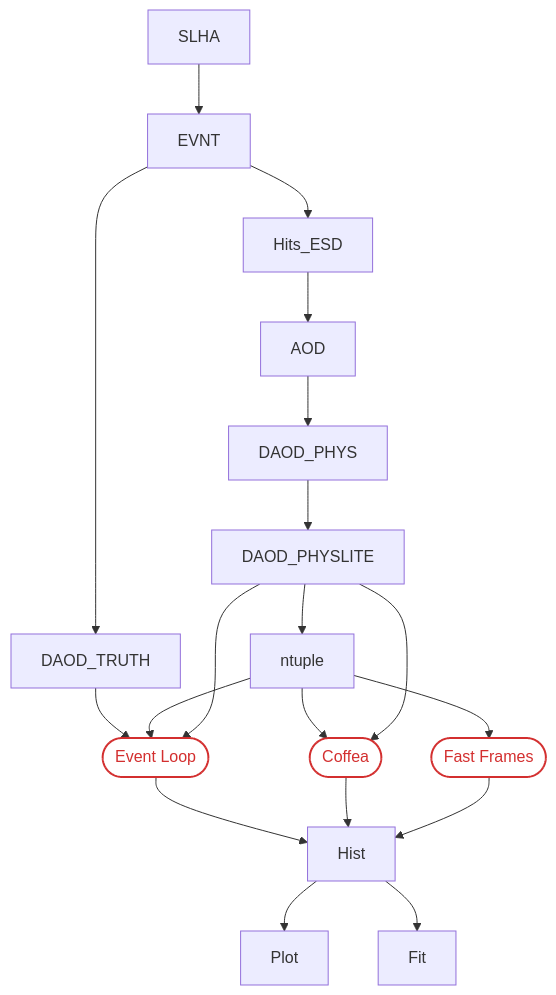
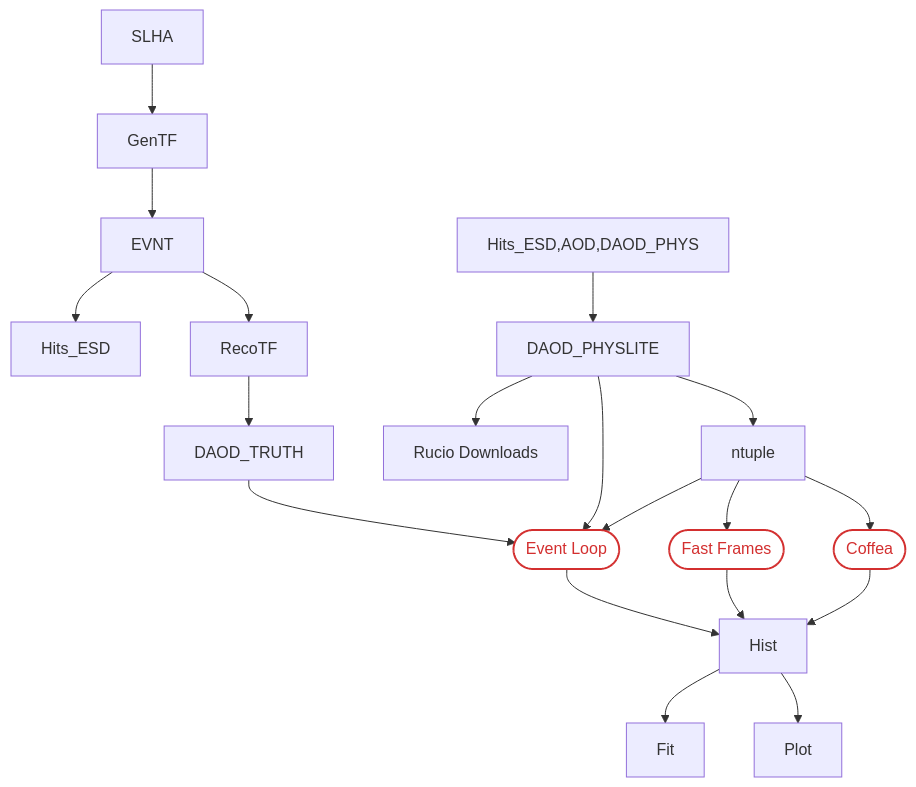
One commit to usatlas/AF-Benchmarking changed the diagram in docs/flowChart.md. Above: the diagram before and after it, drawn with Mermaid. The commit also changed other lines of this file, not shown here.

````diff
--- a/docs/flowChart.md
+++ b/docs/flowChart.md
@@ -1,37 +1,37 @@
 ```mermaid
 flowchart TD
-    SLHA --> EVNT
-    EVNT --> DAOD_TRUTH
+    SLHA --> GenTF
+    GenTF --> EVNT
+    EVNT --> RecoTF
+    RecoTF --> DAOD_TRUTH
     DAOD_TRUTH --> Event_Loop
     Event_Loop --> Hist
 
     EVNT--> Hits_ESD
-    Hits_ESD --> AOD
-    AOD --> DAOD_PHYS
-    DAOD_PHYS --> DAOD_PHYSLITE
+    Hits_ESD,AOD,DAOD_PHYS --> DAOD_PHYSLITE
 
     ntuple --> Coffea
     Coffea --> Hist
 
     ntuple --> Fast_Frames
     Fast_Frames --> Hist
 
     ntuple --> Event_Loop
-    DAOD_PHYSLITE --> Coffea
     DAOD_PHYSLITE --> ntuple
     DAOD_PHYSLITE --> Event_Loop
+    DAOD_PHYSLITE --> bash[Rucio Downloads]
 
     Hist --> Plot
     Hist --> Fit
 
     click Event_Loop "https://github.com/usatlas/AF-Benchmarking/tree/main/event_loop" "Event Loop documentation"
     click Coffea "https://github.com/usatlas/AF-Benchmarking/tree/main/NTuple_Hist/coffea" "Coffea documentation"
     click Fast_Frames "https://github.com/usatlas/AF-Benchmarking/tree/main/NTuple_Hist/fastframes" "Fast Frames documentation"
 
     Event_Loop(["Event Loop"])
     Coffea(["Coffea"])
     Fast_Frames(["Fast Frames"])
     
     classDef method fill:transparent,stroke:#d32f2f,stroke-width:2px,color:#d32f2f;
     class Event_Loop,Coffea,Fast_Frames method;
 ```
````
